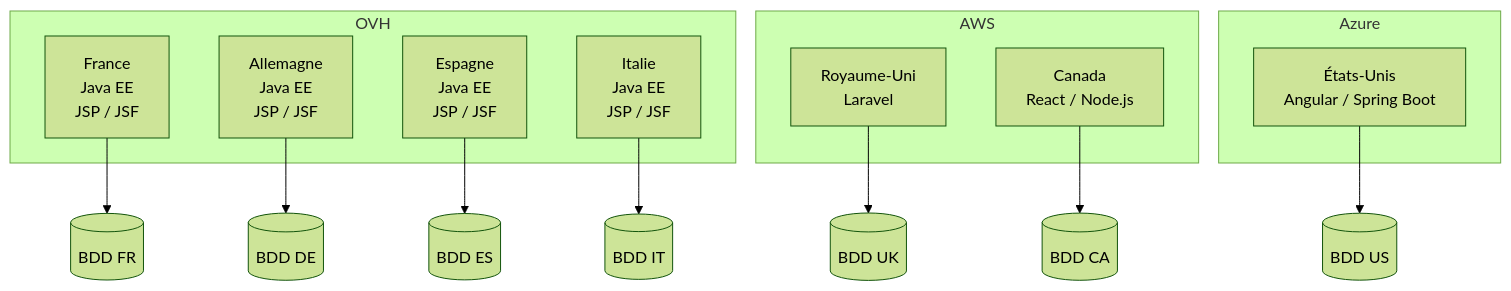
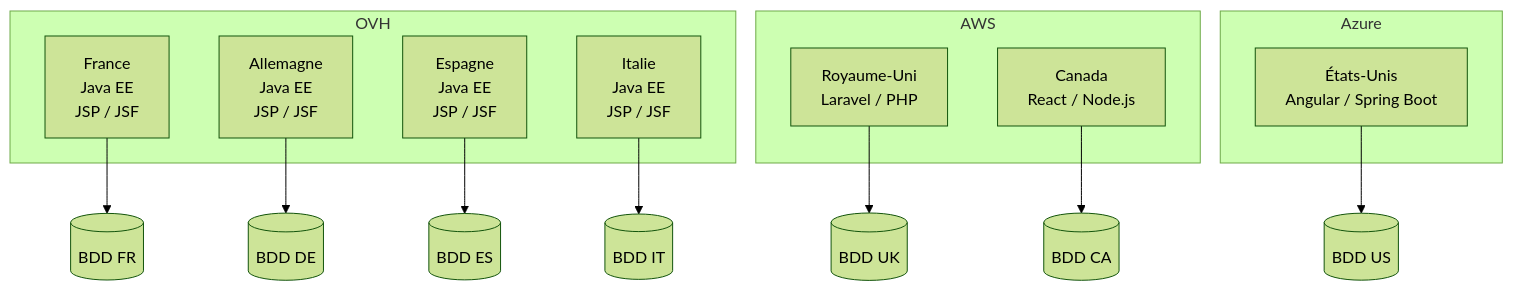
One commit to LeangOC/MyOC2_P10 changed the first of 6 diagrams in Docs/Dossier_Architecture.md. Above: the diagram before and after it, drawn with Mermaid (forest theme). The commit also changed other lines of this file and 7 other files, not shown here.

````diff
--- a/Docs/Dossier_Architecture.md
+++ b/Docs/Dossier_Architecture.md
@@ -98,27 +98,27 @@
 ```mermaid
 flowchart TB
 
     subgraph OVH["OVH"]
         FR["France<br/>Java EE<br/>JSP / JSF"]
         DE["Allemagne<br/>Java EE<br/>JSP / JSF"]
         ES["Espagne<br/>Java EE<br/>JSP / JSF"]
         IT["Italie<br/>Java EE<br/>JSP / JSF"]
     end
 
     subgraph AWS["AWS"]
-        UK["Royaume-Uni<br/>Laravel"]
+        UK["Royaume-Uni<br/>Laravel / PHP"]
         CA["Canada<br/>React / Node.js"]
     end
 
     subgraph Azure["Azure"]
         US["États-Unis<br/>Angular / Spring Boot"]
     end
 
     FR --> DB1[("BDD FR")]
     DE --> DB2[("BDD DE")]
     ES --> DB3[("BDD ES")]
     IT --> DB4[("BDD IT")]
     UK --> DB5[("BDD UK")]
     CA --> DB6[("BDD CA")]
     US --> DB7[("BDD US")]
 ```
````
